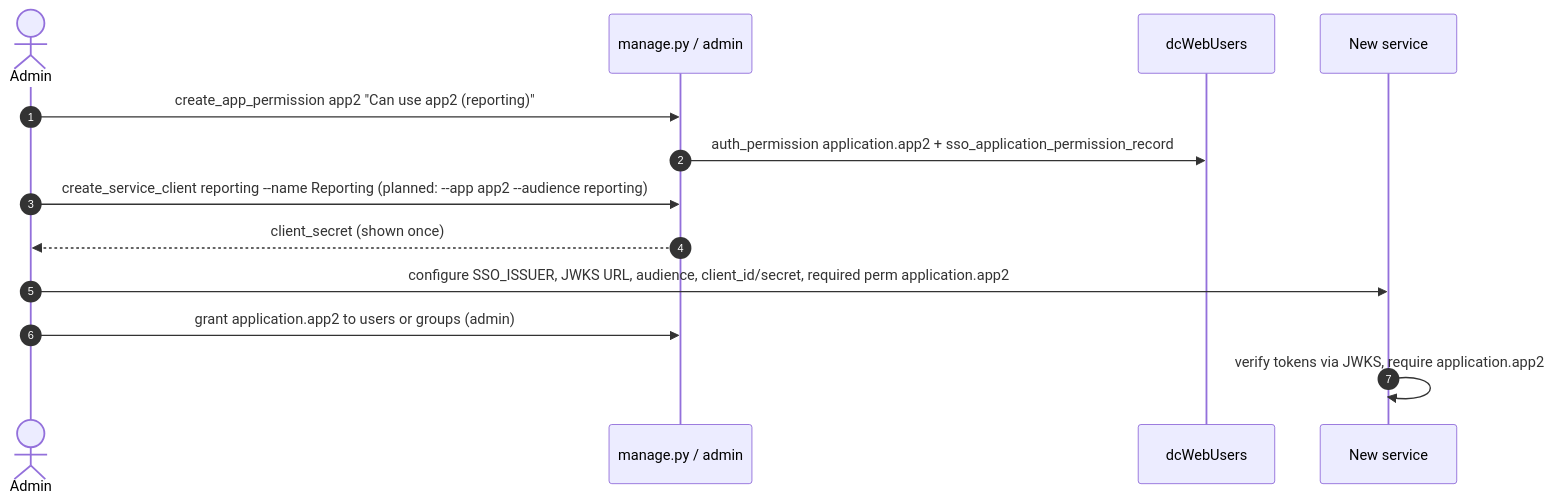
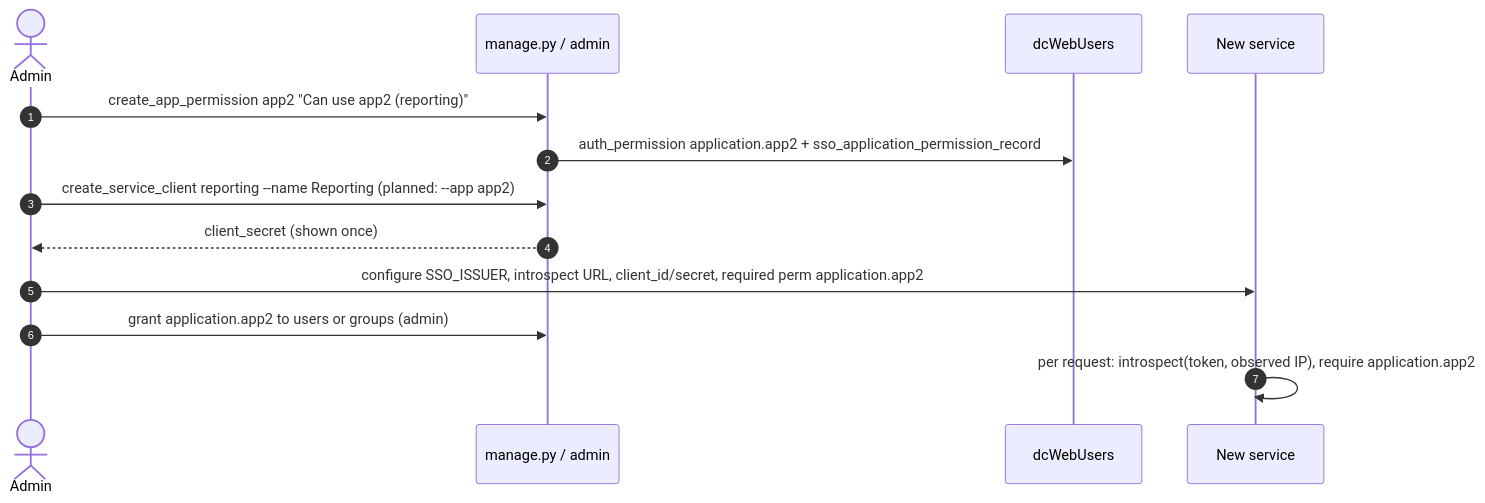
The third of 10 diagrams in docs/DESIGN-v1.2-requirements.md (Neural-Matrix-LLC/SSO-server), drawn with Mermaid before and after one commit. The commit also changed other lines of this file and 4 other files, not shown here.

````diff
--- a/docs/DESIGN-v1.2-requirements.md
+++ b/docs/DESIGN-v1.2-requirements.md
@@ -132,15 +132,15 @@
 ```mermaid
 sequenceDiagram
   autonumber
   actor Admin
   participant CLI as manage.py / admin
   participant DB as dcWebUsers
   participant Svc as New service
   Admin->>CLI: create_app_permission app2 "Can use app2 (reporting)"
   CLI->>DB: auth_permission application.app2 + sso_application_permission_record
-  Admin->>CLI: create_service_client reporting --name Reporting (planned: --app app2 --audience reporting)
+  Admin->>CLI: create_service_client reporting --name Reporting (planned: --app app2)
   CLI-->>Admin: client_secret (shown once)
-  Admin->>Svc: configure SSO_ISSUER, JWKS URL, audience, client_id/secret, required perm application.app2
+  Admin->>Svc: configure SSO_ISSUER, introspect URL, client_id/secret, required perm application.app2
   Admin->>CLI: grant application.app2 to users or groups (admin)
-  Svc->>Svc: verify tokens via JWKS, require application.app2
+  Svc->>Svc: per request: introspect(token, observed IP), require application.app2
 ```
````
